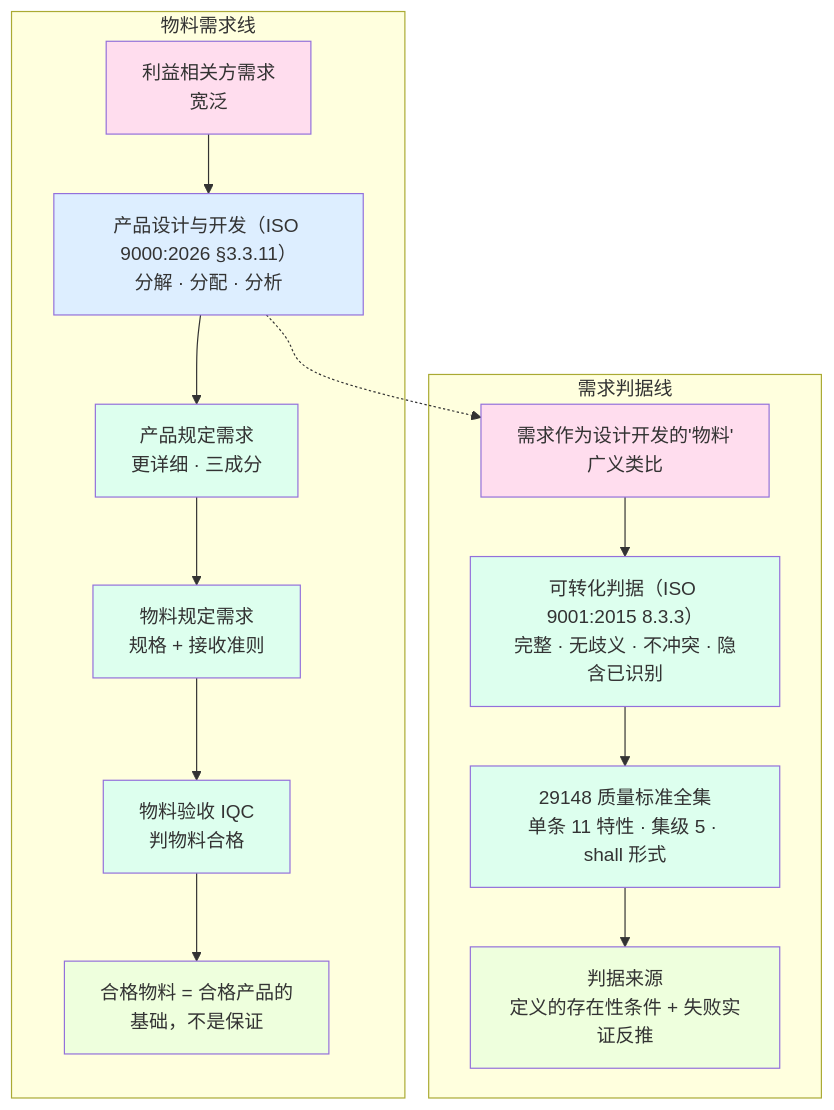
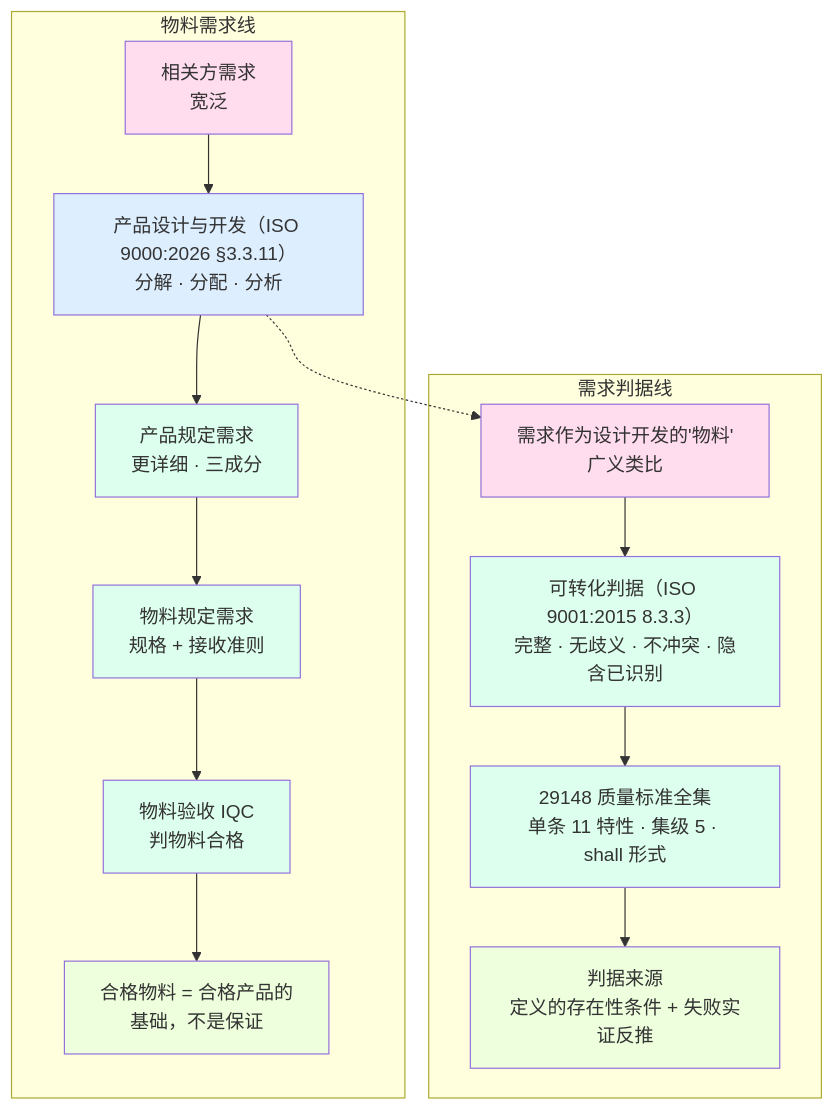
Before and after one commit to Yongjunzhou/business-Engineering: the third of 3 diagrams in 10-系统工程研究/00-系统工程相关研究报告/19-物料需求与需求判据研究报告-从产品需求到需求的质量判据.md, drawn with Mermaid. The commit also changed other lines of this file and 69 other files, not shown here.

````diff
--- a/10-系统工程研究/00-系统工程相关研究报告/19-物料需求与需求判据研究报告-从产品需求到需求的质量判据.md
+++ b/10-系统工程研究/00-系统工程相关研究报告/19-物料需求与需求判据研究报告-从产品需求到需求的质量判据.md
@@ -408,26 +408,26 @@
 ```mermaid
 flowchart TD
     subgraph 物料需求线
-        A["利益相关方需求<br/>宽泛"] --> B["产品设计与开发（ISO 9000:2026 §3.3.11）<br/>分解 · 分配 · 分析"]
+        A["相关方需求<br/>宽泛"] --> B["产品设计与开发（ISO 9000:2026 §3.3.11）<br/>分解 · 分配 · 分析"]
         B --> C["产品规定需求<br/>更详细 · 三成分"]
         C --> D["物料规定需求<br/>规格 + 接收准则"]
         D --> E["物料验收 IQC<br/>判物料合格"]
         E --> F["合格物料 = 合格产品的<br/>基础，不是保证"]
     end
     subgraph 需求判据线
         G["需求作为设计开发的'物料'<br/>广义类比"] --> H["可转化判据（ISO 9001:2015 8.3.3）<br/>完整 · 无歧义 · 不冲突 · 隐含已识别"]
         H --> I["29148 质量标准全集<br/>单条 11 特性 · 集级 5 · shall 形式"]
         I --> J["判据来源<br/>定义的存在性条件 + 失败实证反推"]
     end
     B -.-> G
     style A fill:#fde
     style B fill:#def
     style C fill:#dfe
     style D fill:#dfe
     style E fill:#dfe
     style F fill:#efd
     style G fill:#fde
     style H fill:#dfe
     style I fill:#dfe
     style J fill:#efd
 ```
````
